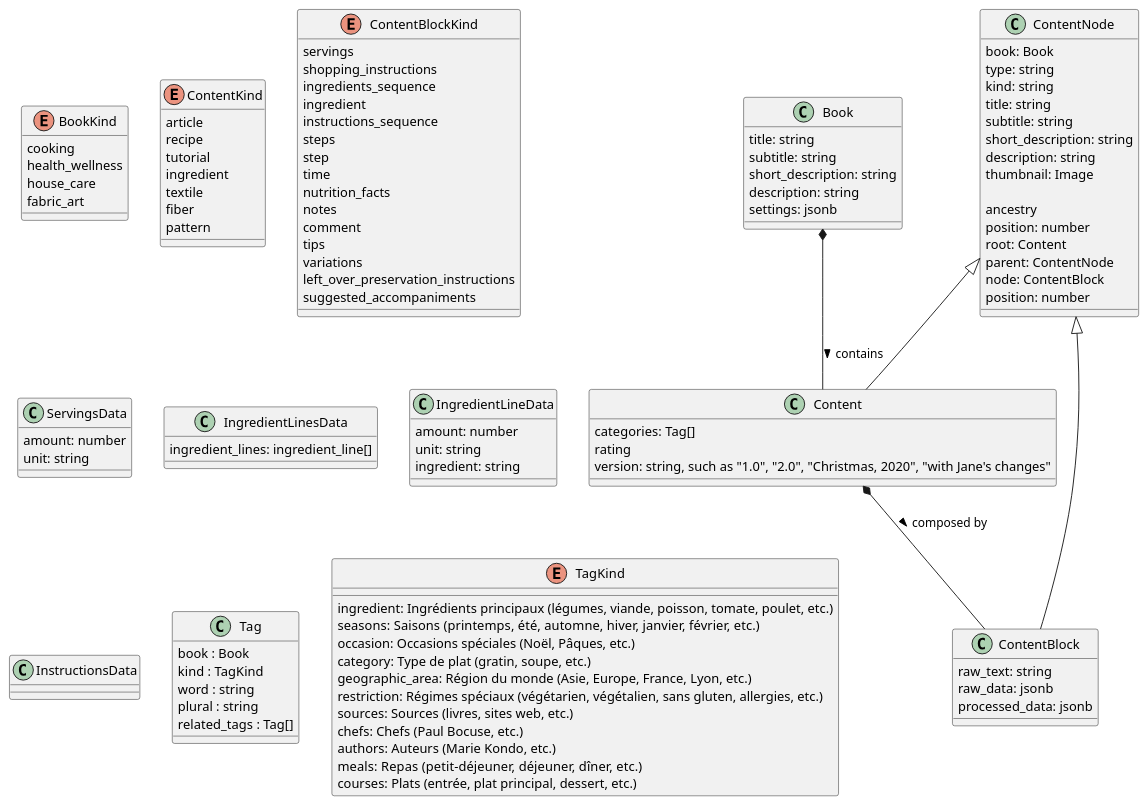
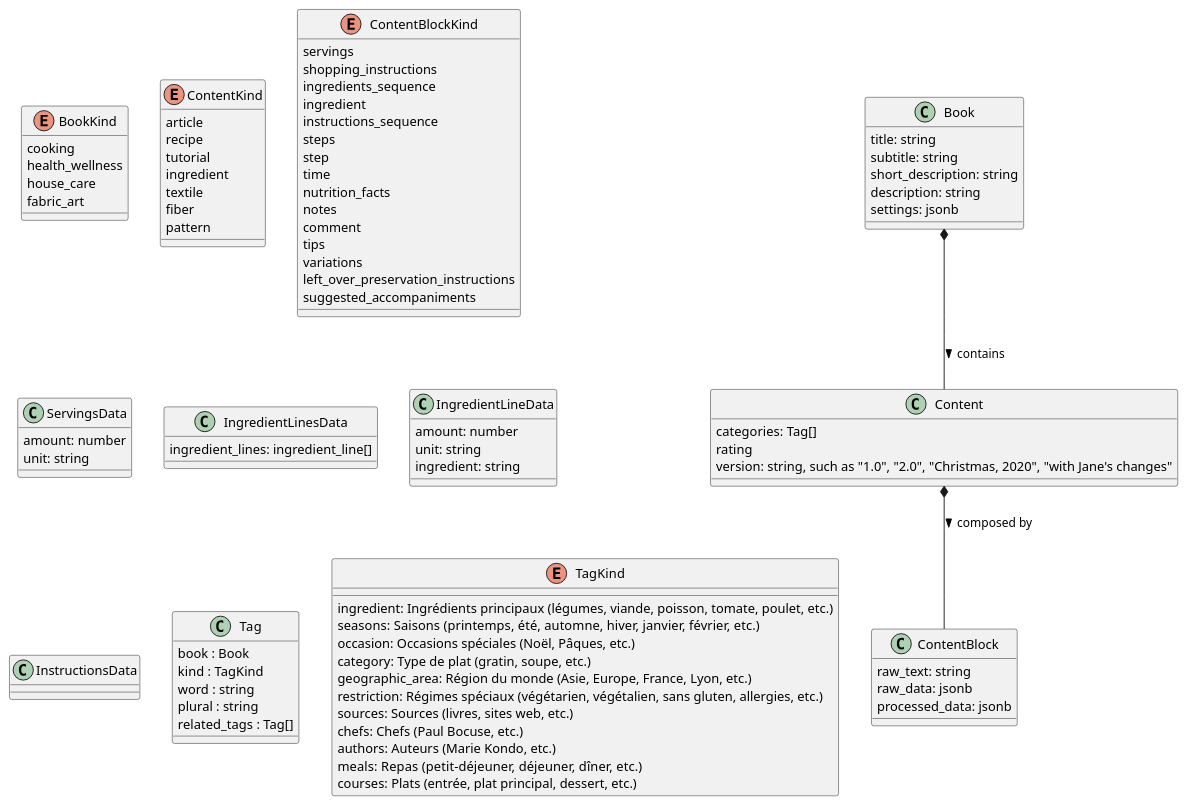
The diagram in docs/data-model.puml (mveyrenc/hysperial_book), drawn with PlantUML before and after one commit. The commit also changed 22 other files, not shown here.

```diff
--- a/docs/data-model.puml
+++ b/docs/data-model.puml
@@ -1,127 +1,103 @@
 @startuml
 
     class Book {
         title: string
         subtitle: string
         short_description: string
         description: string
         settings: jsonb
     }
 
 
     enum BookKind {
         cooking
         health_wellness
         house_care
         fabric_art
     }
 
-    class ContentNode {
-        book: Book
-        type: string
-        kind: string
-        title: string
-        subtitle: string
-        short_description: string
-        description: string
-        thumbnail: Image
-
-        ancestry
-        position: number
-    }
-
     class Content {
         categories: Tag[]
         rating
         version: string, such as "1.0", "2.0", "Christmas, 2020", "with Jane's changes"
     }
 
     class ContentBlock {
         raw_text: string
         raw_data: jsonb
         processed_data: jsonb
     }
-
-    ContentNode <|-- Content
-    ContentNode <|-- ContentBlock
 
     enum ContentKind {
         article
         recipe
         tutorial
         ingredient
         textile
         fiber
         pattern
     }
 
     enum ContentBlockKind {
         servings
         shopping_instructions
         ingredients_sequence
         ingredient
         instructions_sequence
         steps
         step
         time
         nutrition_facts
         notes
         comment
         tips
         variations
         left_over_preservation_instructions
         suggested_accompaniments
     }
 
     class ServingsData {
         amount: number
         unit: string
     }
 
     class IngredientLinesData {
         ingredient_lines: ingredient_line[]
     }
 
     class IngredientLineData {
         amount: number
         unit: string
         ingredient: string
     }
 
     class InstructionsData {
 
     }
 
-    class ContentNode {
-        root: Content
-        parent: ContentNode
-        node: ContentBlock
-        position: number
-    }
-
     class Tag {
         book : Book
         kind : TagKind
         word : string
         plural : string
         related_tags : Tag[]
     }
 
     enum TagKind {
         ingredient: Ingrédients principaux (légumes, viande, poisson, tomate, poulet, etc.)
         seasons: Saisons (printemps, été, automne, hiver, janvier, février, etc.)
         occasion: Occasions spéciales (Noël, Pâques, etc.)
         category: Type de plat (gratin, soupe, etc.)
         geographic_area: Région du monde (Asie, Europe, France, Lyon, etc.)
         restriction: Régimes spéciaux (végétarien, végétalien, sans gluten, allergies, etc.)
         sources: Sources (livres, sites web, etc.)
         chefs: Chefs (Paul Bocuse, etc.)
         authors: Auteurs (Marie Kondo, etc.)
         meals: Repas (petit-déjeuner, déjeuner, dîner, etc.)
         courses: Plats (entrée, plat principal, dessert, etc.)
     }
 
     Book *-- Content : contains >
     Content *-- ContentBlock : composed by >
 
 @enduml
```
